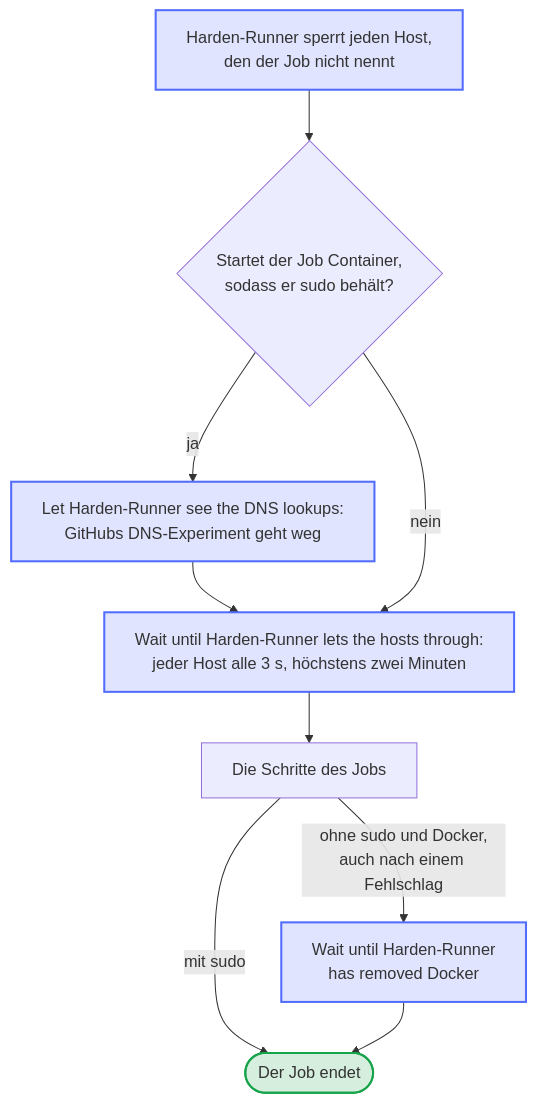
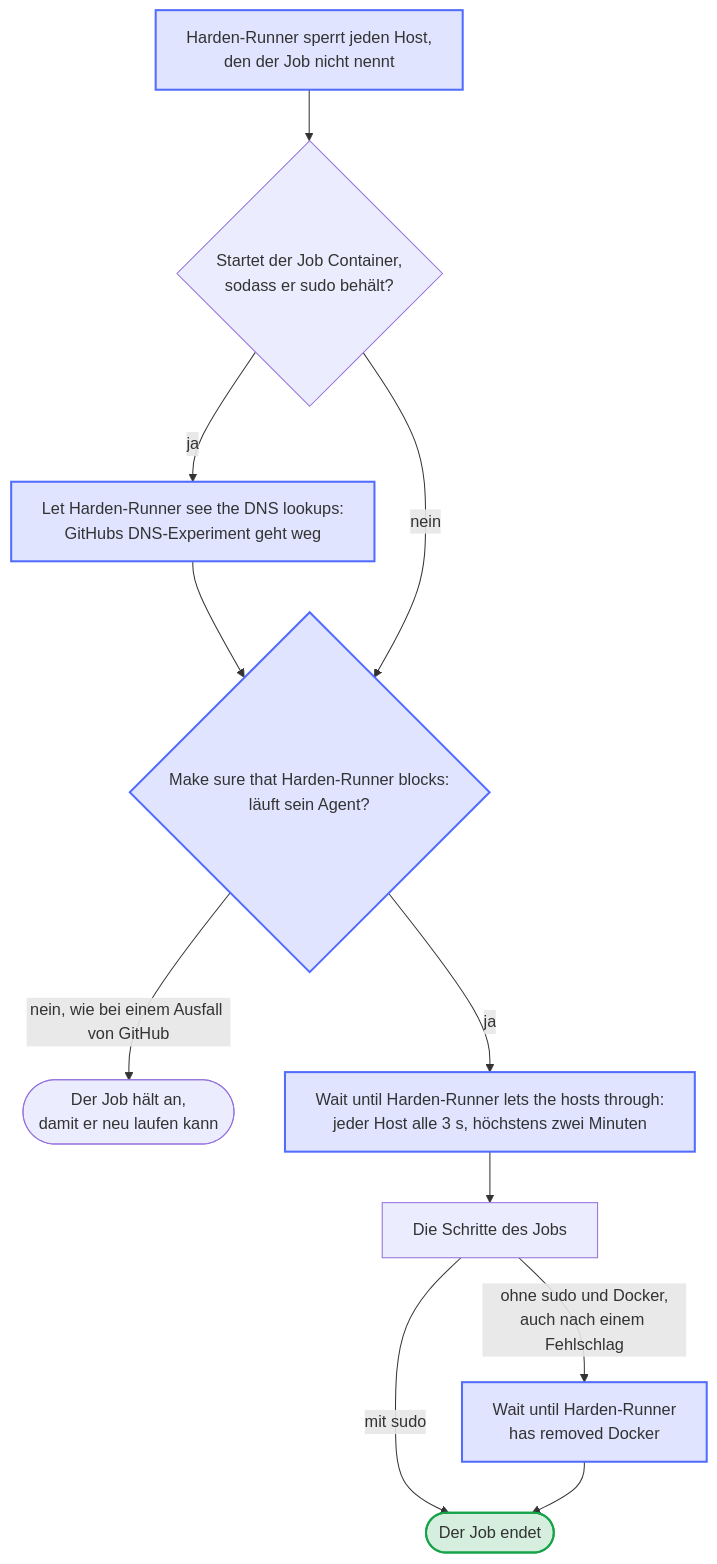
The diagram in docs/diagrams/job-behind-harden-runner.de.mmd (Dennis-Otto/homedarts-for-autodarts), drawn with Mermaid before and after one commit. The commit also changed 22 other files, not shown here.

First line of the commit message:
fix(ci): the project's own jobs stop when Harden-Runner doesn't block (#651)

```diff
--- a/docs/diagrams/job-behind-harden-runner.de.mmd
+++ b/docs/diagrams/job-behind-harden-runner.de.mmd
@@ -1,20 +1,22 @@
 ---
 config:
   flowchart:
     wrappingWidth: 400
 ---
 flowchart TB
   accTitle: Die Schritte eines Jobs hinter Harden-Runner
-  accDescr: Harden-Runner sperrt jeden Host, den der Job nicht nennt. Ein Job, der Container startet, behält sudo und nimmt GitHubs DNS-Experiment weg. Jeder Job fragt dann alle 3 Sekunden seine Hosts, höchstens zwei Minuten lang, bis Harden-Runner sie durchlässt, und führt seine Schritte aus. Ein Job ohne sudo und Docker endet erst, wenn Harden-Runner Docker entfernt hat, auch nach einem Fehlschlag.
+  accDescr: Harden-Runner sperrt jeden Host, den der Job nicht nennt. Ein Job, der Container startet, behält sudo und nimmt GitHubs DNS-Experiment weg. Jeder Job stellt dann sicher, dass der Agent von Harden-Runner sperrt, und hält an, wenn nicht, damit er neu laufen kann. Er fragt alle 3 Sekunden seine Hosts, höchstens zwei Minuten lang, bis Harden-Runner sie durchlässt, und führt seine Schritte aus. Ein Job ohne sudo und Docker endet erst, wenn Harden-Runner Docker entfernt hat, auch nach einem Fehlschlag.
   BLOCK["Harden-Runner sperrt jeden Host,<br/>den der Job nicht nennt"] --> SUDO{"Startet der Job Container,<br/>sodass er sudo behält?"}
   SUDO -- "ja" --> LOOKUPS["Let Harden-Runner see the DNS lookups:<br/>GitHubs DNS-Experiment geht weg"]
-  LOOKUPS --> WAIT
-  SUDO -- "nein" --> WAIT["Wait until Harden-Runner lets the hosts through:<br/>jeder Host alle 3 s, höchstens zwei Minuten"]
+  LOOKUPS --> SURE
+  SUDO -- "nein" --> SURE{"Make sure that Harden-Runner blocks:<br/>läuft sein Agent?"}
+  SURE -- "nein, wie bei einem Ausfall von GitHub" --> STOP(["Der Job hält an,<br/>damit er neu laufen kann"])
+  SURE -- "ja" --> WAIT["Wait until Harden-Runner lets the hosts through:<br/>jeder Host alle 3 s, höchstens zwei Minuten"]
   WAIT --> STEPS["Die Schritte des Jobs"]
   STEPS -- "mit sudo" --> END(["Der Job endet"])
   STEPS -- "ohne sudo und Docker,<br/>auch nach einem Fehlschlag" --> DOCKER["Wait until Harden-Runner<br/>has removed Docker"]
   DOCKER --> END
   classDef bot fill:#526cfe2e,stroke:#526cfe,stroke-width:2px
   classDef done fill:#16a34a2e,stroke:#16a34a,stroke-width:2px
-  class BLOCK,LOOKUPS,WAIT,DOCKER bot
+  class BLOCK,LOOKUPS,SURE,WAIT,DOCKER bot
   class END done
```
